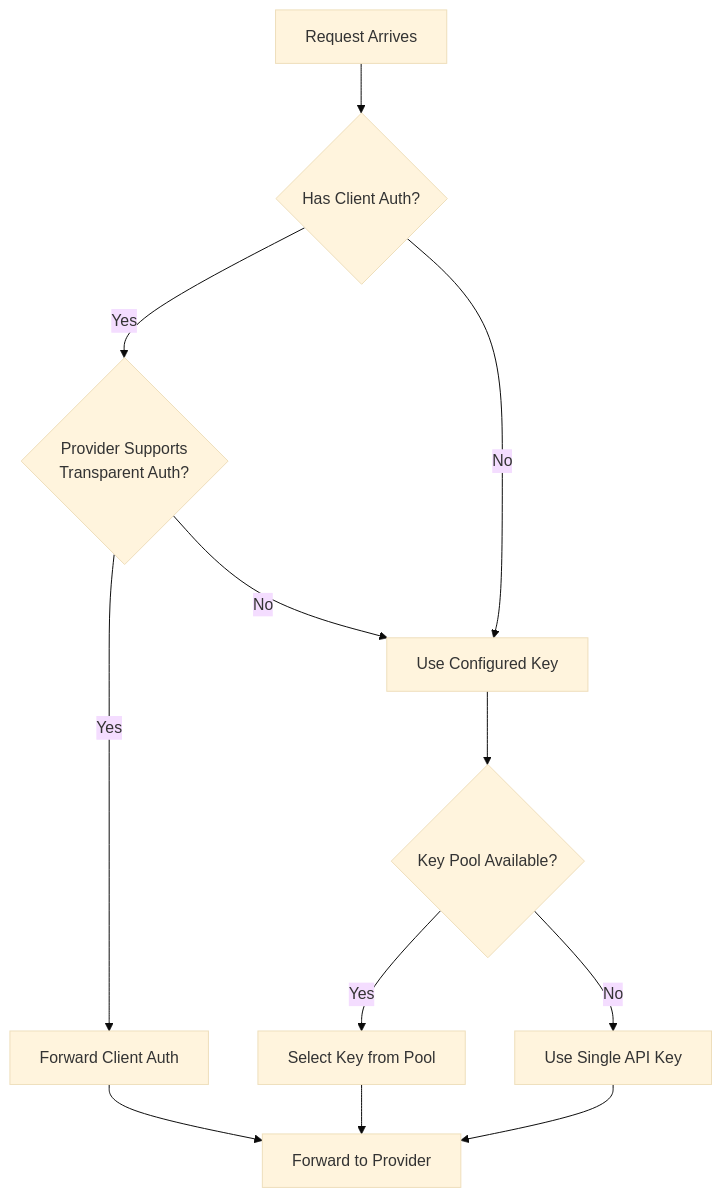
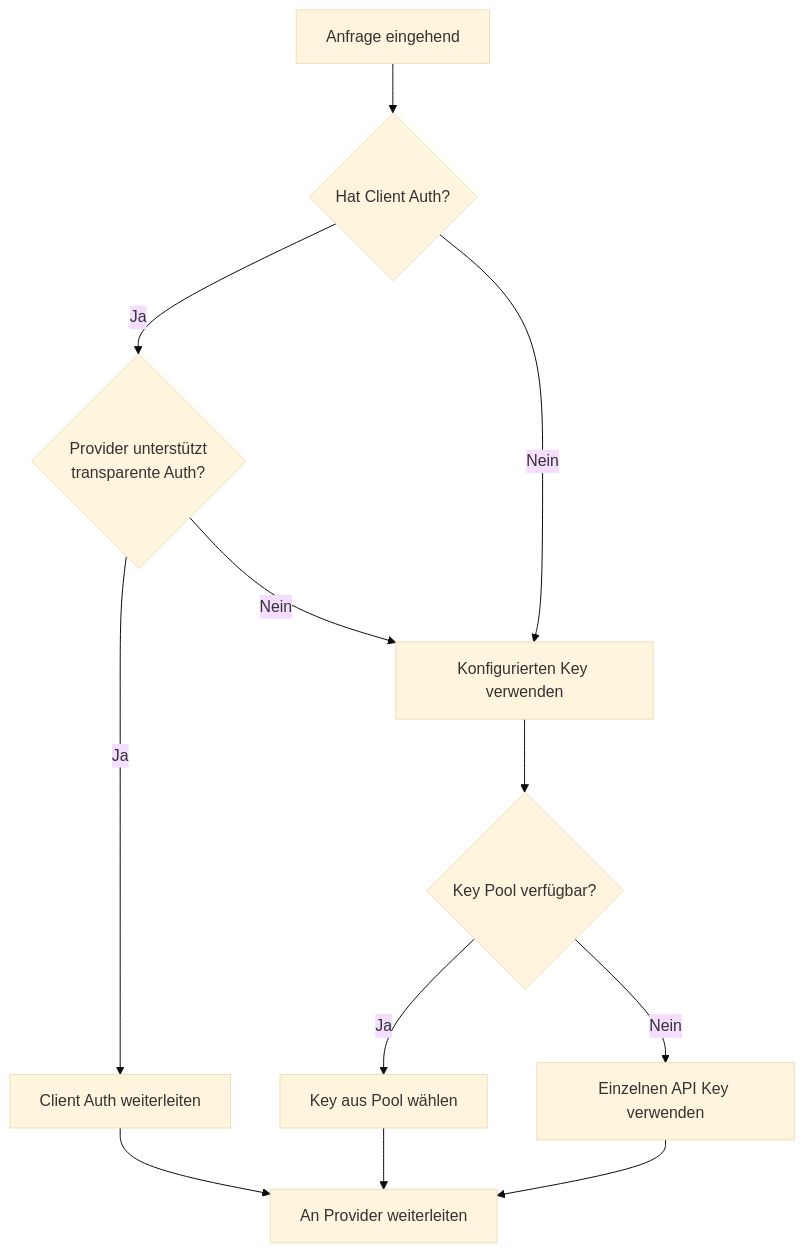
Before and after one commit to omarluq/cc-relay: the fifth of 5 diagrams in docs-site/content/de/docs/architecture.md, drawn with Mermaid (base theme). The commit also changed other lines of this file and 4 other files, not shown here.

First line of the commit message:
docs: translate architecture.md to all supported languages

````diff
--- a/docs-site/content/de/docs/architecture.md
+++ b/docs-site/content/de/docs/architecture.md
@@ -299,14 +299,14 @@
 ```mermaid
 graph TD
-    A[Request Arrives] --> B{Has Client Auth?}
-    B -->|Yes| C{Provider Supports<br/>Transparent Auth?}
-    B -->|No| D[Use Configured Key]
-    C -->|Yes| E[Forward Client Auth]
-    C -->|No| D
-    D --> F{Key Pool Available?}
-    F -->|Yes| G[Select Key from Pool]
-    F -->|No| H[Use Single API Key]
-    E --> I[Forward to Provider]
+    A[Anfrage eingehend] --> B{Hat Client Auth?}
+    B -->|Ja| C{Provider unterstützt<br/>transparente Auth?}
+    B -->|Nein| D[Konfigurierten Key verwenden]
+    C -->|Ja| E[Client Auth weiterleiten]
+    C -->|Nein| D
+    D --> F{Key Pool verfügbar?}
+    F -->|Ja| G[Key aus Pool wählen]
+    F -->|Nein| H[Einzelnen API Key verwenden]
+    E --> I[An Provider weiterleiten]
     G --> I
     H --> I
 ```
````
